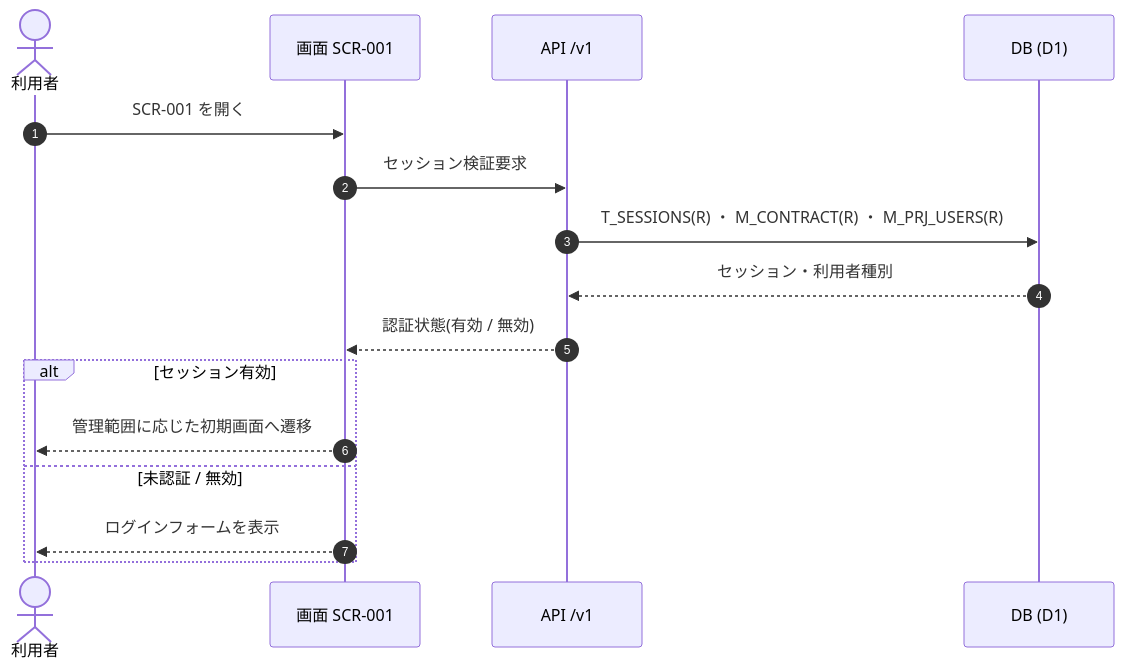
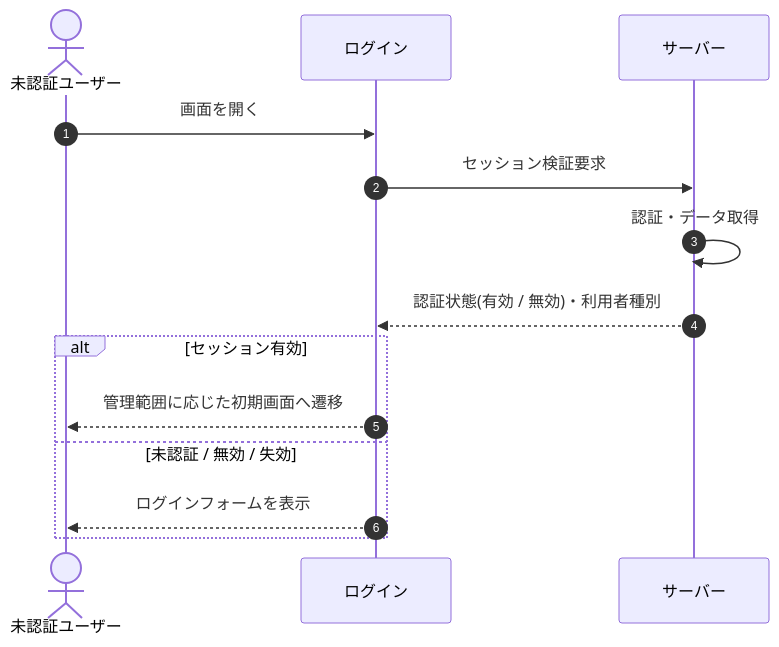
The diagram in 02_basic_design/05_sequences/SEQ-001.md (sikakou54/open-faq), drawn with Mermaid before and after one commit. The commit also changed other lines of this file and 108 other files, not shown here.

First line of the commit message:
基本設計: シーケンス図を基本設計粒度(ユーザー/画面/サーバー)へ再編成

````diff
--- a/02_basic_design/05_sequences/SEQ-001.md
+++ b/02_basic_design/05_sequences/SEQ-001.md
@@ -25,18 +32,16 @@
 ```mermaid
 sequenceDiagram
   autonumber
-  actor U as 利用者
-  participant S as 画面 SCR-001
-  participant API as API /v1
-  participant DB as DB (D1)
-  U->>S: SCR-001 を開く
-  S->>API: セッション検証要求
-  API->>DB: T_SESSIONS(R) ・ M_CONTRACT(R) ・ M_PRJ_USERS(R)
-  DB-->>API: セッション・利用者種別
-  API-->>S: 認証状態(有効 / 無効)
+  actor U as 未認証ユーザー
+  participant Screen as ログイン
+  participant Server as サーバー
+  U->>Screen: 画面を開く
+  Screen->>Server: セッション検証要求
+  Server->>Server: 認証・データ取得
+  Server-->>Screen: 認証状態(有効 / 無効)・利用者種別
   alt セッション有効
-    S-->>U: 管理範囲に応じた初期画面へ遷移
-  else 未認証 / 無効
-    S-->>U: ログインフォームを表示
+    Screen-->>U: 管理範囲に応じた初期画面へ遷移
+  else 未認証 / 無効 / 失効
+    Screen-->>U: ログインフォームを表示
   end
 ```
````
